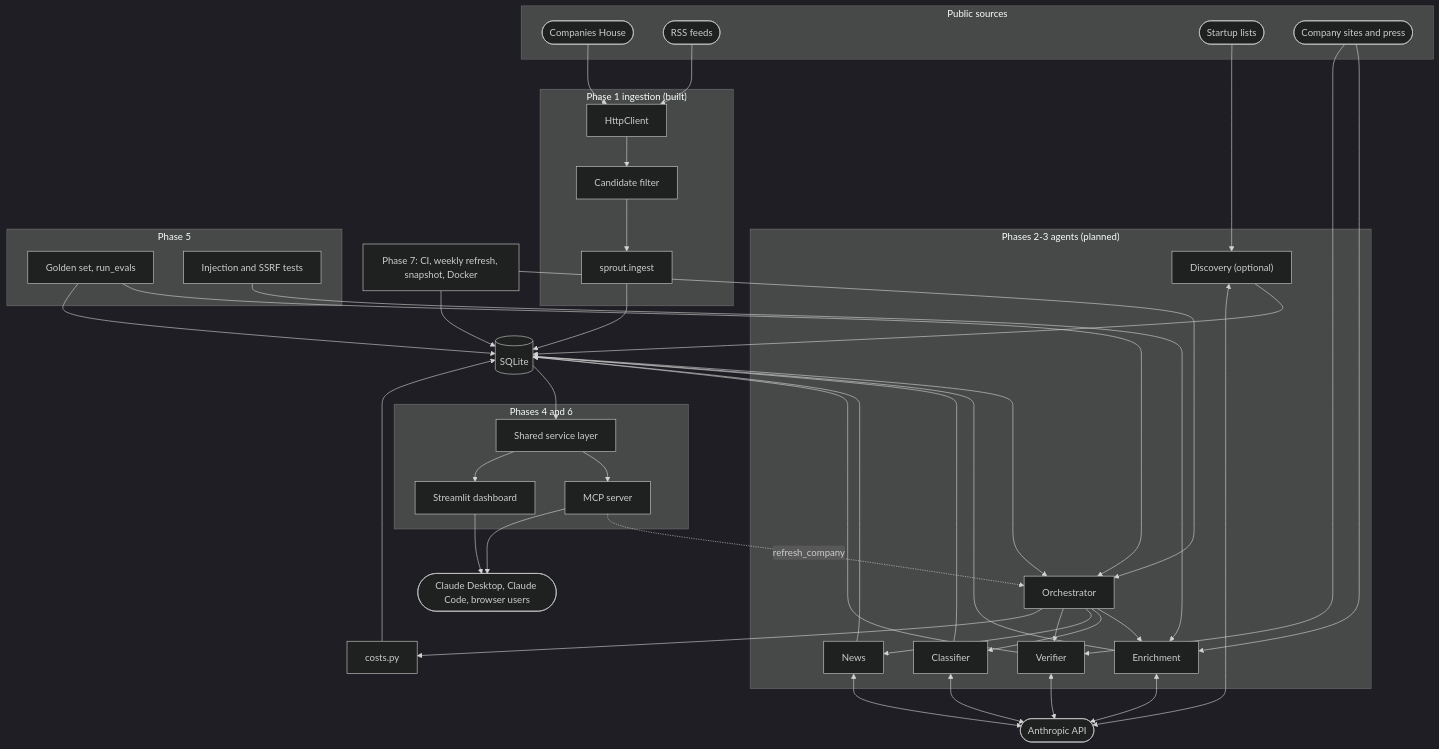
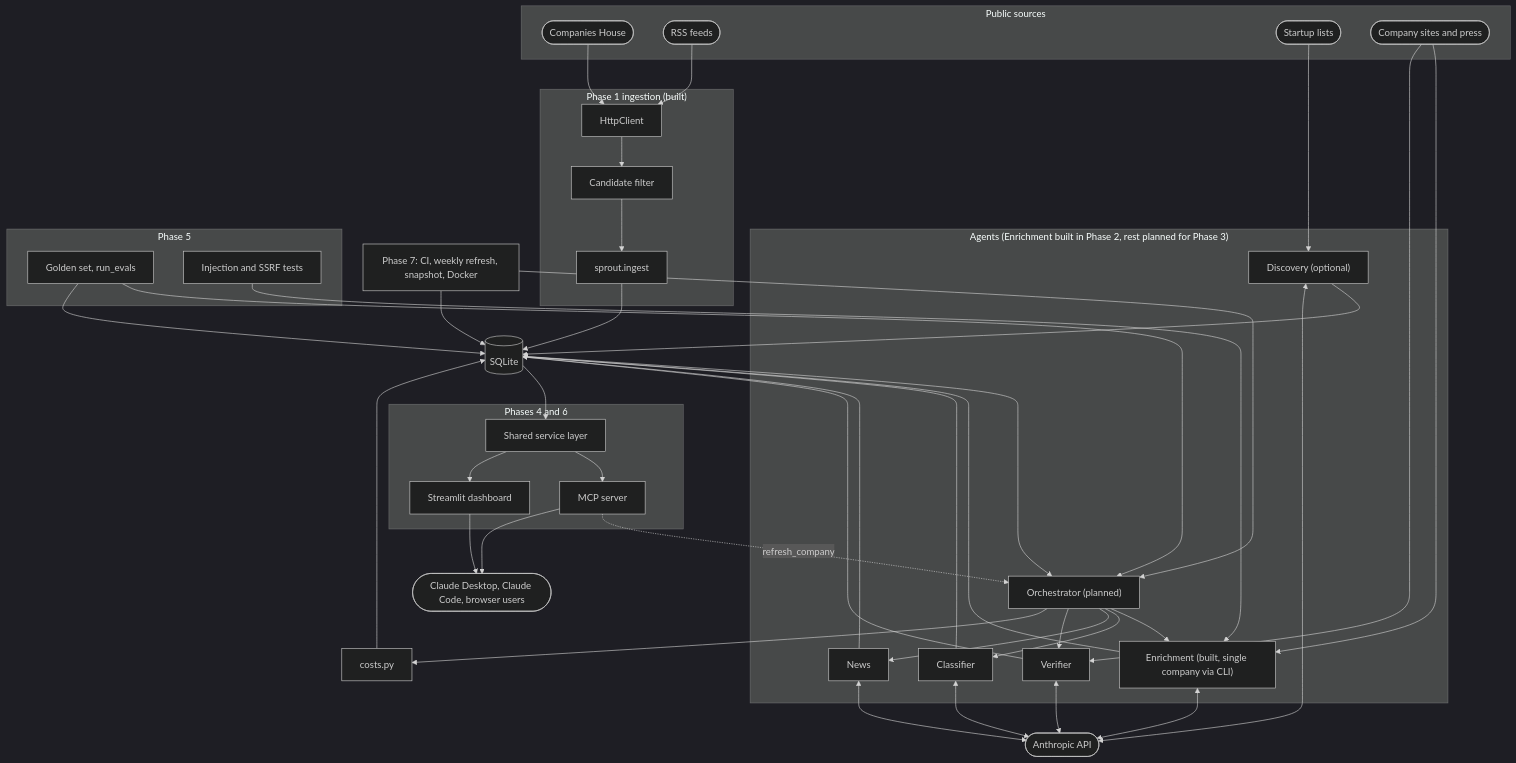
Before and after one commit to Farzaanee/sprout: the ninth of 12 diagrams in docs/architecture.md, drawn with Mermaid (dark theme). The commit also changed other lines of this file and 17 other files, not shown here.

Commit message:
add phase 2: first agent - single company enrichment

````diff
--- a/docs/architecture.md
+++ b/docs/architecture.md
@@ -302,72 +326,72 @@
 ```mermaid
 flowchart TB
     subgraph SOURCES["Public sources"]
         CH(["Companies House"])
         RSSF(["RSS feeds"])
         LISTS(["Startup lists"])
         SITES(["Company sites and press"])
     end
     subgraph ING["Phase 1 ingestion (built)"]
         HTTPL["HttpClient"]
         CAND["Candidate filter"]
         INGEST["sprout.ingest"]
     end
     SQL[("SQLite")]
-    subgraph PIPE["Phases 2-3 agents (planned)"]
-        ORCH["Orchestrator"]
-        ENR["Enrichment"]
+    subgraph PIPE["Agents (Enrichment built in Phase 2, rest planned for Phase 3)"]
+        ORCH["Orchestrator (planned)"]
+        ENR["Enrichment (built, single company via CLI)"]
         CLS["Classifier"]
         NEWS["News"]
         VER["Verifier"]
         DISC["Discovery (optional)"]
     end
     LLM(["Anthropic API"])
     COST["costs.py"]
     subgraph SERVE["Phases 4 and 6"]
         SVC["Shared service layer"]
         MCP["MCP server"]
         DASH["Streamlit dashboard"]
     end
     subgraph QA["Phase 5"]
         EVALS["Golden set, run_evals"]
         GUARDS["Injection and SSRF tests"]
     end
     CLIENTS(["Claude Desktop, Claude Code, browser users"])
     AUTO["Phase 7: CI, weekly refresh, snapshot, Docker"]
     CH --> HTTPL
     RSSF --> HTTPL
     HTTPL --> CAND
     CAND --> INGEST
     INGEST --> SQL
     SQL --> ORCH
     ORCH --> ENR
     ORCH --> CLS
     ORCH --> NEWS
     ORCH --> VER
     DISC --> SQL
     LISTS --> DISC
     SITES --> ENR
     SITES --> VER
     ENR <--> LLM
     CLS <--> LLM
     NEWS <--> LLM
     VER <--> LLM
     DISC <--> LLM
     ENR --> SQL
     CLS --> SQL
     NEWS --> SQL
     VER --> SQL
     ORCH --> COST
     COST --> SQL
     SQL --> SVC
     SVC --> MCP
     SVC --> DASH
     MCP -. "refresh_company" .-> ORCH
     MCP --> CLIENTS
     DASH --> CLIENTS
     EVALS --> ORCH
     EVALS --> SQL
     GUARDS --> ENR
     AUTO --> ORCH
     AUTO --> SQL
 ```
````
